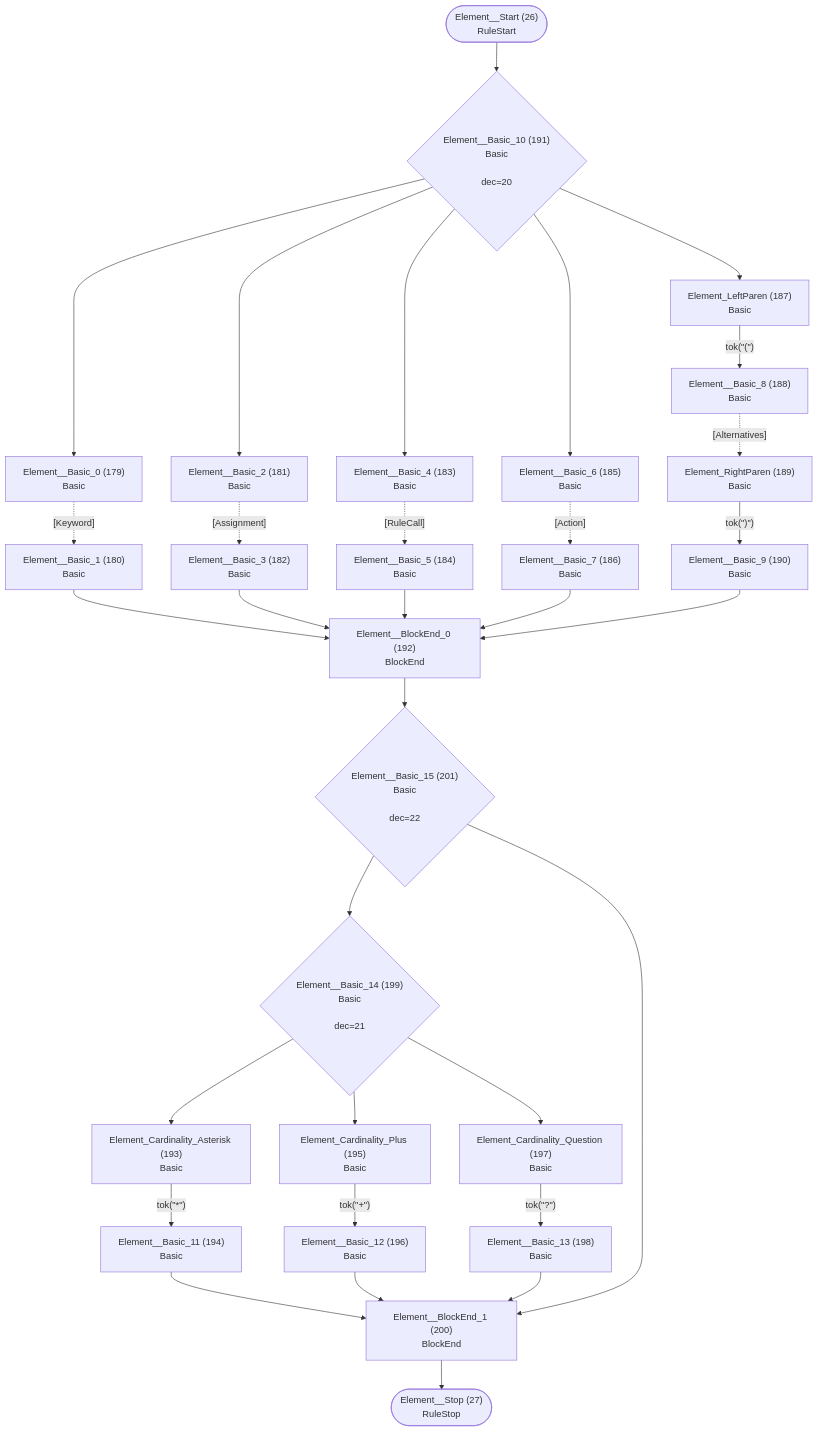
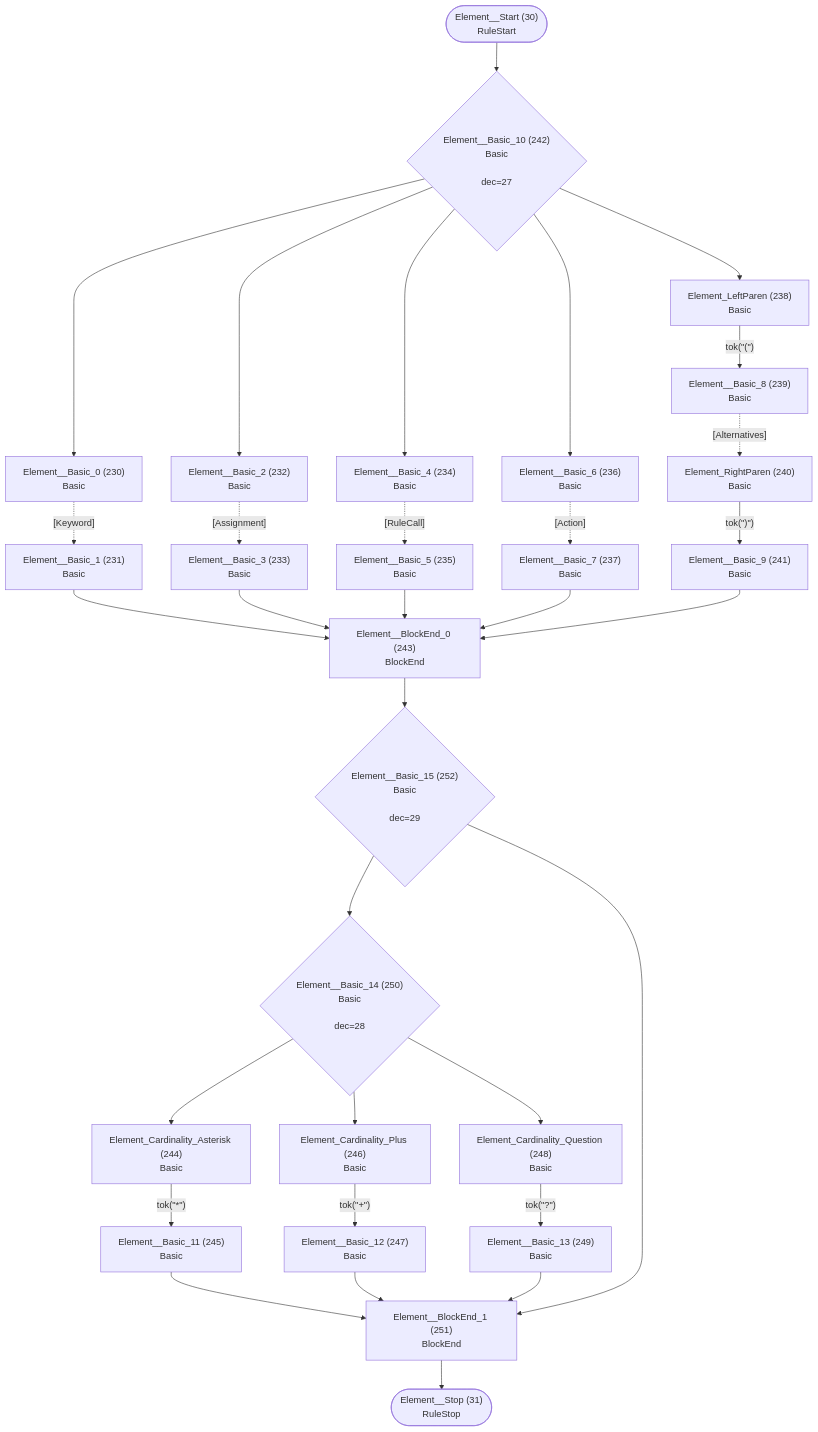
One commit to TypeFox/fastbelt changed diagram 16 of 28 in internal/grammar/atn.md. Above: the diagram before and after it, drawn with Mermaid. The commit also changed other lines of this file and 8 other files, not shown here.

````diff
--- a/internal/grammar/atn.md
+++ b/internal/grammar/atn.md
@@ -416,60 +540,60 @@
 ```mermaid
 flowchart TD
-    q26(["Element__Start (26)<br/>RuleStart"])
-    q27(["Element__Stop (27)<br/>RuleStop"])
-    q179["Element__Basic_0 (179)<br/>Basic<br/>"]
-    q180["Element__Basic_1 (180)<br/>Basic<br/>"]
-    q181["Element__Basic_2 (181)<br/>Basic<br/>"]
-    q182["Element__Basic_3 (182)<br/>Basic<br/>"]
-    q183["Element__Basic_4 (183)<br/>Basic<br/>"]
-    q184["Element__Basic_5 (184)<br/>Basic<br/>"]
-    q185["Element__Basic_6 (185)<br/>Basic<br/>"]
-    q186["Element__Basic_7 (186)<br/>Basic<br/>"]
-    q187["Element_LeftParen (187)<br/>Basic<br/>"]
-    q188["Element__Basic_8 (188)<br/>Basic<br/>"]
-    q189["Element_RightParen (189)<br/>Basic<br/>"]
-    q190["Element__Basic_9 (190)<br/>Basic<br/>"]
-    q191{"Element__Basic_10 (191)<br/>Basic<br/><br/>dec=20"}
-    q192["Element__BlockEnd_0 (192)<br/>BlockEnd<br/>"]
-    q193["Element_Cardinality_Asterisk (193)<br/>Basic<br/>"]
-    q194["Element__Basic_11 (194)<br/>Basic<br/>"]
-    q195["Element_Cardinality_Plus (195)<br/>Basic<br/>"]
-    q196["Element__Basic_12 (196)<br/>Basic<br/>"]
-    q197["Element_Cardinality_Question (197)<br/>Basic<br/>"]
-    q198["Element__Basic_13 (198)<br/>Basic<br/>"]
-    q199{"Element__Basic_14 (199)<br/>Basic<br/><br/>dec=21"}
-    q200["Element__BlockEnd_1 (200)<br/>BlockEnd<br/>"]
-    q201{"Element__Basic_15 (201)<br/>Basic<br/><br/>dec=22"}
+    q30(["Element__Start (30)<br/>RuleStart"])
+    q31(["Element__Stop (31)<br/>RuleStop"])
+    q230["Element__Basic_0 (230)<br/>Basic<br/>"]
+    q231["Element__Basic_1 (231)<br/>Basic<br/>"]
+    q232["Element__Basic_2 (232)<br/>Basic<br/>"]
+    q233["Element__Basic_3 (233)<br/>Basic<br/>"]
+    q234["Element__Basic_4 (234)<br/>Basic<br/>"]
+    q235["Element__Basic_5 (235)<br/>Basic<br/>"]
+    q236["Element__Basic_6 (236)<br/>Basic<br/>"]
+    q237["Element__Basic_7 (237)<br/>Basic<br/>"]
+    q238["Element_LeftParen (238)<br/>Basic<br/>"]
+    q239["Element__Basic_8 (239)<br/>Basic<br/>"]
+    q240["Element_RightParen (240)<br/>Basic<br/>"]
+    q241["Element__Basic_9 (241)<br/>Basic<br/>"]
+    q242{"Element__Basic_10 (242)<br/>Basic<br/><br/>dec=27"}
+    q243["Element__BlockEnd_0 (243)<br/>BlockEnd<br/>"]
+    q244["Element_Cardinality_Asterisk (244)<br/>Basic<br/>"]
+    q245["Element__Basic_11 (245)<br/>Basic<br/>"]
+    q246["Element_Cardinality_Plus (246)<br/>Basic<br/>"]
+    q247["Element__Basic_12 (247)<br/>Basic<br/>"]
+    q248["Element_Cardinality_Question (248)<br/>Basic<br/>"]
+    q249["Element__Basic_13 (249)<br/>Basic<br/>"]
+    q250{"Element__Basic_14 (250)<br/>Basic<br/><br/>dec=28"}
+    q251["Element__BlockEnd_1 (251)<br/>BlockEnd<br/>"]
+    q252{"Element__Basic_15 (252)<br/>Basic<br/><br/>dec=29"}
 
-    q26 --> q191
-    q179 -.->|"[Keyword]"| q180
-    q180 --> q192
-    q181 -.->|"[Assignment]"| q182
-    q182 --> q192
-    q183 -.->|"[RuleCall]"| q184
-    q184 --> q192
-    q185 -.->|"[Action]"| q186
-    q186 --> q192
-    q187 -->|"tok(&quot;(&quot;)"| q188
-    q188 -.->|"[Alternatives]"| q189
-    q189 -->|"tok(&quot;)&quot;)"| q190
-    q190 --> q192
-    q191 --> q179
-    q191 --> q181
-    q191 --> q183
-    q191 --> q185
-    q191 --> q187
-    q192 --> q201
-    q193 -->|"tok(&quot;*&quot;)"| q194
-    q194 --> q200
-    q195 -->|"tok(&quot;+&quot;)"| q196
-    q196 --> q200
-    q197 -->|"tok(&quot;?&quot;)"| q198
-    q198 --> q200
-    q199 --> q193
-    q199 --> q195
-    q199 --> q197
-    q200 --> q27
-    q201 --> q199
-    q201 --> q200
+    q30 --> q242
+    q230 -.->|"[Keyword]"| q231
+    q231 --> q243
+    q232 -.->|"[Assignment]"| q233
+    q233 --> q243
+    q234 -.->|"[RuleCall]"| q235
+    q235 --> q243
+    q236 -.->|"[Action]"| q237
+    q237 --> q243
+    q238 -->|"tok(&quot;(&quot;)"| q239
+    q239 -.->|"[Alternatives]"| q240
+    q240 -->|"tok(&quot;)&quot;)"| q241
+    q241 --> q243
+    q242 --> q230
+    q242 --> q232
+    q242 --> q234
+    q242 --> q236
+    q242 --> q238
+    q243 --> q252
+    q244 -->|"tok(&quot;*&quot;)"| q245
+    q245 --> q251
+    q246 -->|"tok(&quot;+&quot;)"| q247
+    q247 --> q251
+    q248 -->|"tok(&quot;?&quot;)"| q249
+    q249 --> q251
+    q250 --> q244
+    q250 --> q246
+    q250 --> q248
+    q251 --> q31
+    q252 --> q250
+    q252 --> q251
 ```
````
